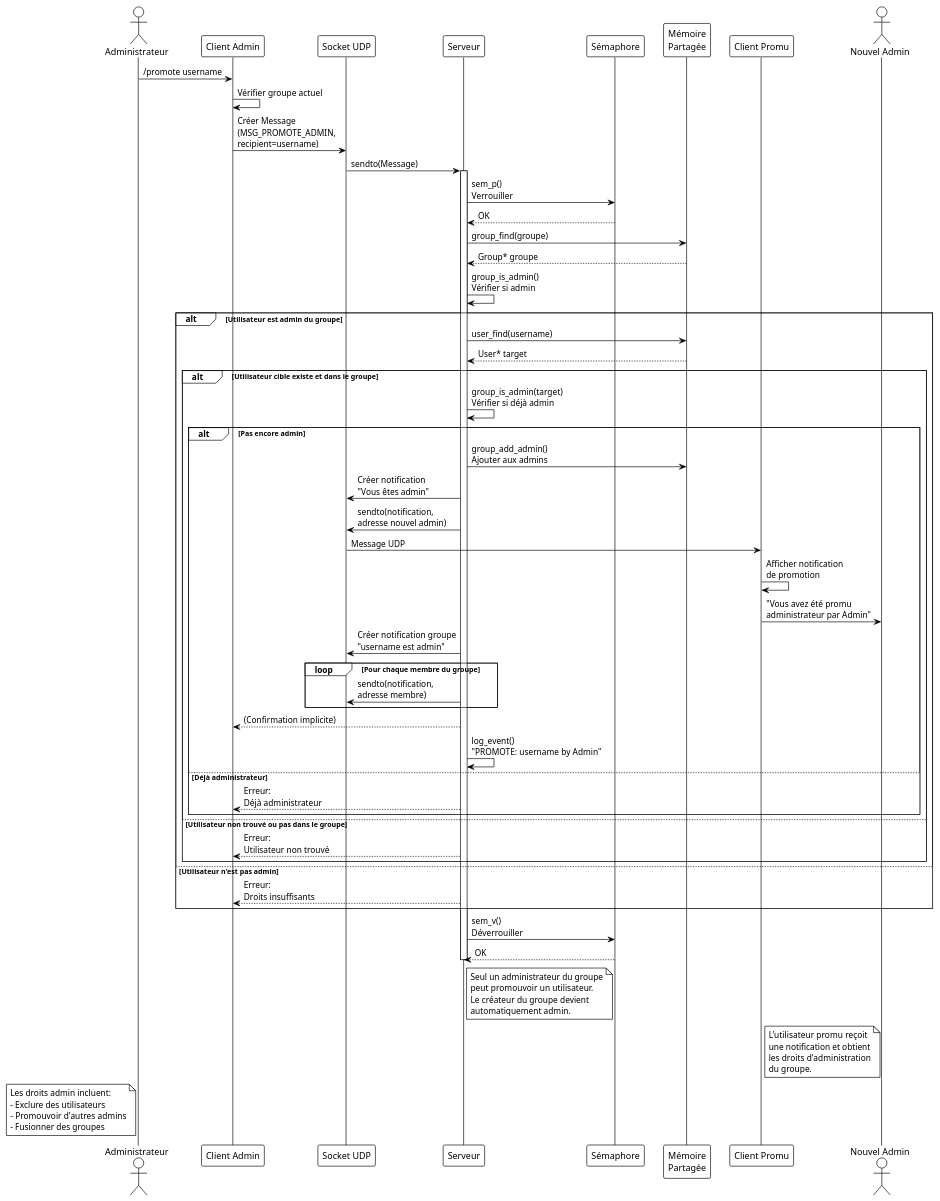
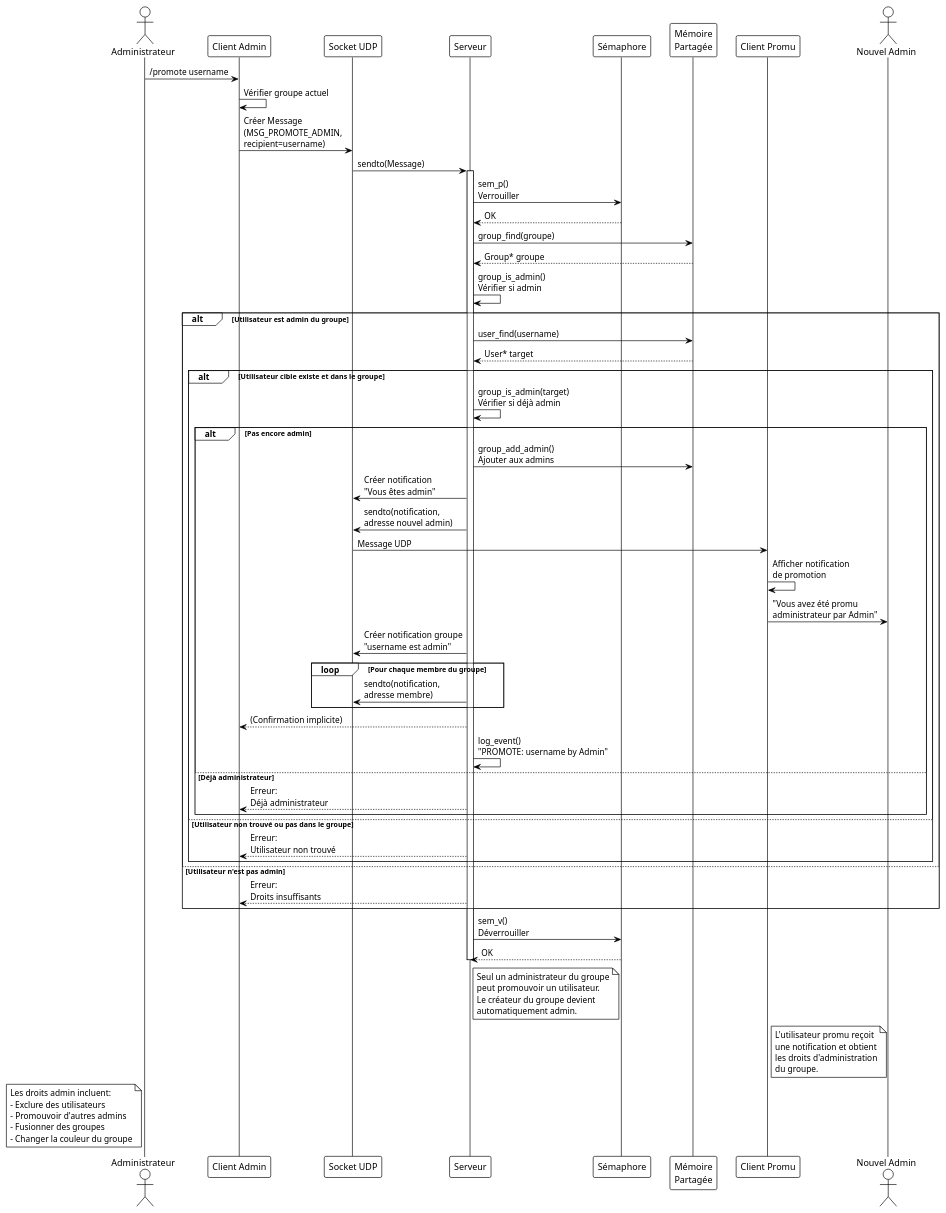
One commit to GuahBy/projetISY changed the diagram in UML/uml_seq_promote_admin.puml. Above: the diagram before and after it, drawn with PlantUML. The commit also changed 3 other files, not shown here.

Commit message:
UML Improved

```diff
--- a/UML/uml_seq_promote_admin.puml
+++ b/UML/uml_seq_promote_admin.puml
@@ -1,106 +1,107 @@
 @startuml sequence_promote_admin
 !theme plain
 
 actor "Administrateur" as Admin
 participant "Client Admin" as ClientA
 participant "Socket UDP" as Socket
 participant "Serveur" as Server
 participant "Sémaphore" as Sem
 participant "Mémoire\nPartagée" as SHM
 participant "Client Promu" as ClientP
 actor "Nouvel Admin" as UserP
 
 Admin -> ClientA: /promote username
 
 ClientA -> ClientA: Vérifier groupe actuel
 
 ClientA -> Socket: Créer Message\n(MSG_PROMOTE_ADMIN,\nrecipient=username)
 
 Socket -> Server: sendto(Message)
 
 activate Server
 
 Server -> Sem: sem_p()\nVerrouiller
 
 Sem --> Server: OK
 
 Server -> SHM: group_find(groupe)
 
 SHM --> Server: Group* groupe
 
 Server -> Server: group_is_admin()\nVérifier si admin
 
 alt Utilisateur est admin du groupe
 
     Server -> SHM: user_find(username)
 
     SHM --> Server: User* target
 
     alt Utilisateur cible existe et dans le groupe
 
         Server -> Server: group_is_admin(target)\nVérifier si déjà admin
 
         alt Pas encore admin
 
             Server -> SHM: group_add_admin()\nAjouter aux admins
 
             Server -> Socket: Créer notification\n"Vous êtes admin"
 
             Server -> Socket: sendto(notification,\nadresse nouvel admin)
 
             Socket -> ClientP: Message UDP
 
             ClientP -> ClientP: Afficher notification\nde promotion
 
             ClientP -> UserP: "Vous avez été promu\nadministrateur par Admin"
 
             Server -> Socket: Créer notification groupe\n"username est admin"
 
             loop Pour chaque membre du groupe
                 Server -> Socket: sendto(notification,\nadresse membre)
             end
 
             Server --> ClientA: (Confirmation implicite)
 
             Server -> Server: log_event()\n"PROMOTE: username by Admin"
 
         else Déjà administrateur
             Server --> ClientA: Erreur:\nDéjà administrateur
         end
 
     else Utilisateur non trouvé ou pas dans le groupe
         Server --> ClientA: Erreur:\nUtilisateur non trouvé
     end
 
 else Utilisateur n'est pas admin
     Server --> ClientA: Erreur:\nDroits insuffisants
 end
 
 Server -> Sem: sem_v()\nDéverrouiller
 
 Sem --> Server: OK
 
 deactivate Server
 
 note right of Server
   Seul un administrateur du groupe
   peut promouvoir un utilisateur.
   Le créateur du groupe devient
   automatiquement admin.
 end note
 
 note right of ClientP
   L'utilisateur promu reçoit
   une notification et obtient
   les droits d'administration
   du groupe.
 end note
 
 note left of Admin
   Les droits admin incluent:
   - Exclure des utilisateurs
   - Promouvoir d'autres admins
   - Fusionner des groupes
+  - Changer la couleur du groupe
 end note
 
 @enduml
```
